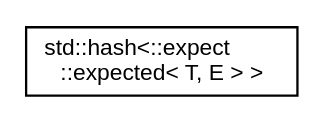
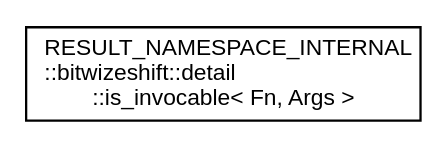
Before and after one commit to bitwizeshift/result: the diagram in api/v0.0.1/inherit_graph_8.dot, drawn with Graphviz. The commit also changed 339 other files, not shown here.

```diff
--- a/api/v0.0.1/inherit_graph_8.dot
+++ b/api/v0.0.1/inherit_graph_8.dot
@@ -1,7 +1,7 @@
 digraph "Graphical Class Hierarchy"
 {
   edge [fontname="Helvetica",fontsize="10",labelfontname="Helvetica",labelfontsize="10"];
   node [fontname="Helvetica",fontsize="10",shape=record];
   rankdir="LR";
-  Node0 [label="std::hash\<::expect\l::expected\< T, E \> \>",height=0.2,width=0.4,color="black", fillcolor="white", style="filled",URL="$d1/d15/structstd_1_1hash_3_1_1expect_1_1expected_3_01_t_00_01_e_01_4_01_4.html"];
+  Node0 [label="RESULT_NAMESPACE_INTERNAL\l::bitwizeshift::detail\l::is_invocable\< Fn, Args \>",height=0.2,width=0.4,color="black", fillcolor="white", style="filled",URL="$d9/de0/struct_r_e_s_u_l_t___n_a_m_e_s_p_a_c_e___i_n_t_e_r_n_a_l_1_1bitwizeshift_1_1detail_1_1is__invocable.html"];
 }
```
